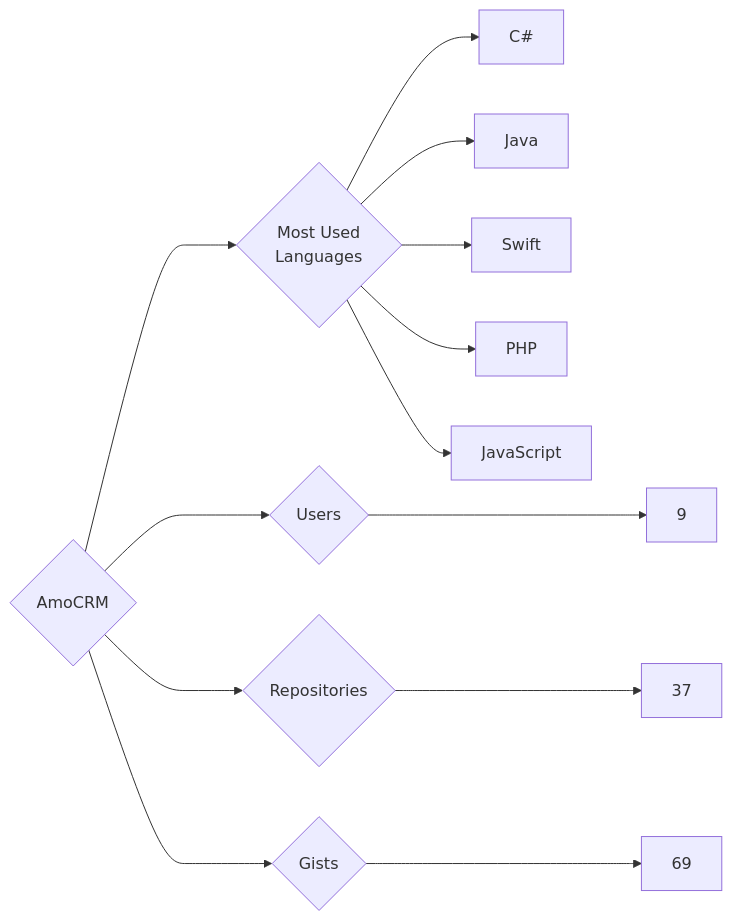
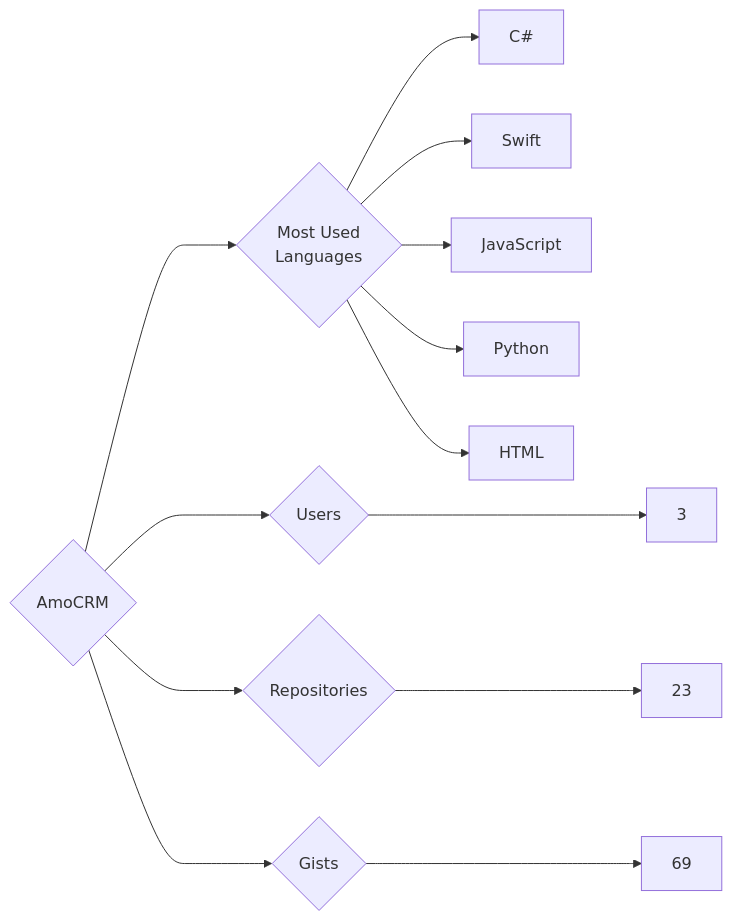
The diagram in targets/AmoCRM/README.md (trickest/insiders), drawn with Mermaid before and after one commit. The commit also changed 815 other files, not shown here.

````diff
--- a/targets/AmoCRM/README.md
+++ b/targets/AmoCRM/README.md
@@ -3,13 +3,13 @@
 ```mermaid
 graph LR
 COMPANY_NAME{AmoCRM}
-COMPANY_NAME ---> U{Users} ---> UN[9]
-COMPANY_NAME ---> R{Repositories} ---> RN[37]
+COMPANY_NAME ---> U{Users} ---> UN[3]
+COMPANY_NAME ---> R{Repositories} ---> RN[23]
 COMPANY_NAME ---> G{Gists} ---> GN[69]
 COMPANY_NAME ---> ML{Most Used<br>Languages}
 ML --> C#[C#]
-ML --> Java[Java]
 ML --> Swift[Swift]
-ML --> PHP[PHP]
 ML --> JavaScript[JavaScript]
+ML --> Python[Python]
+ML --> HTML[HTML]
 ```
````
